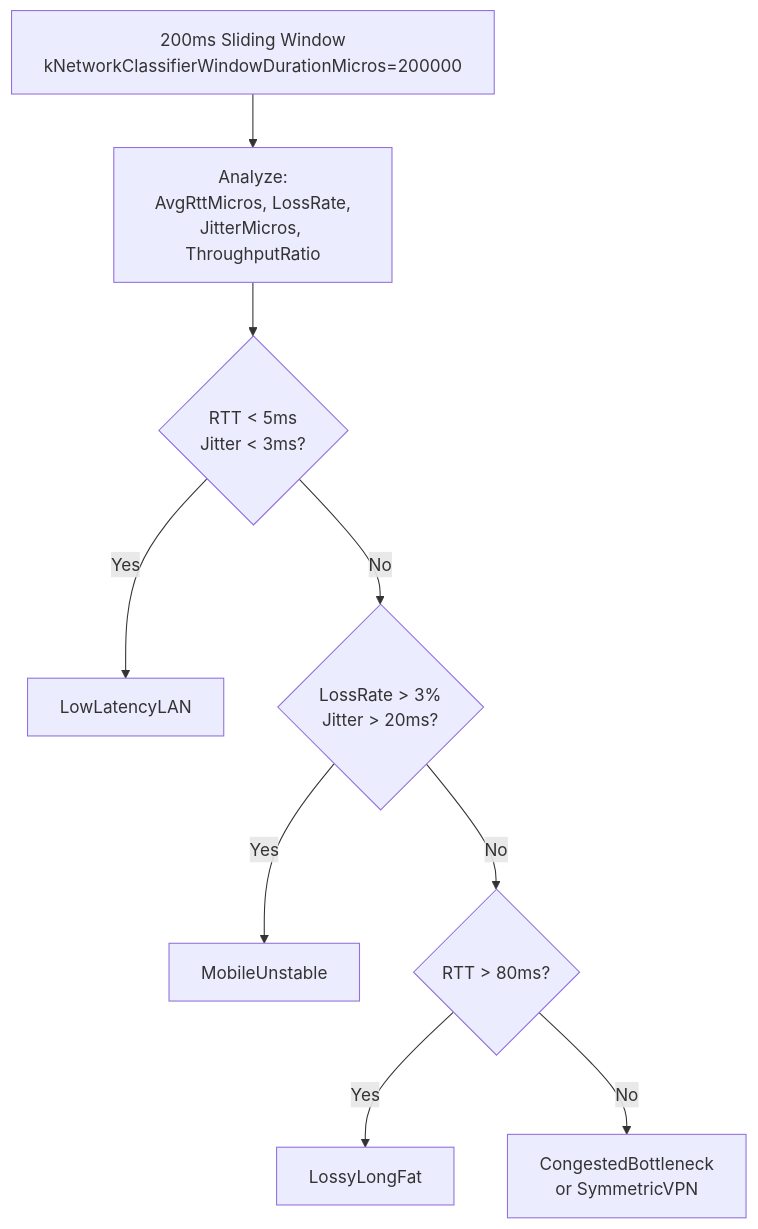
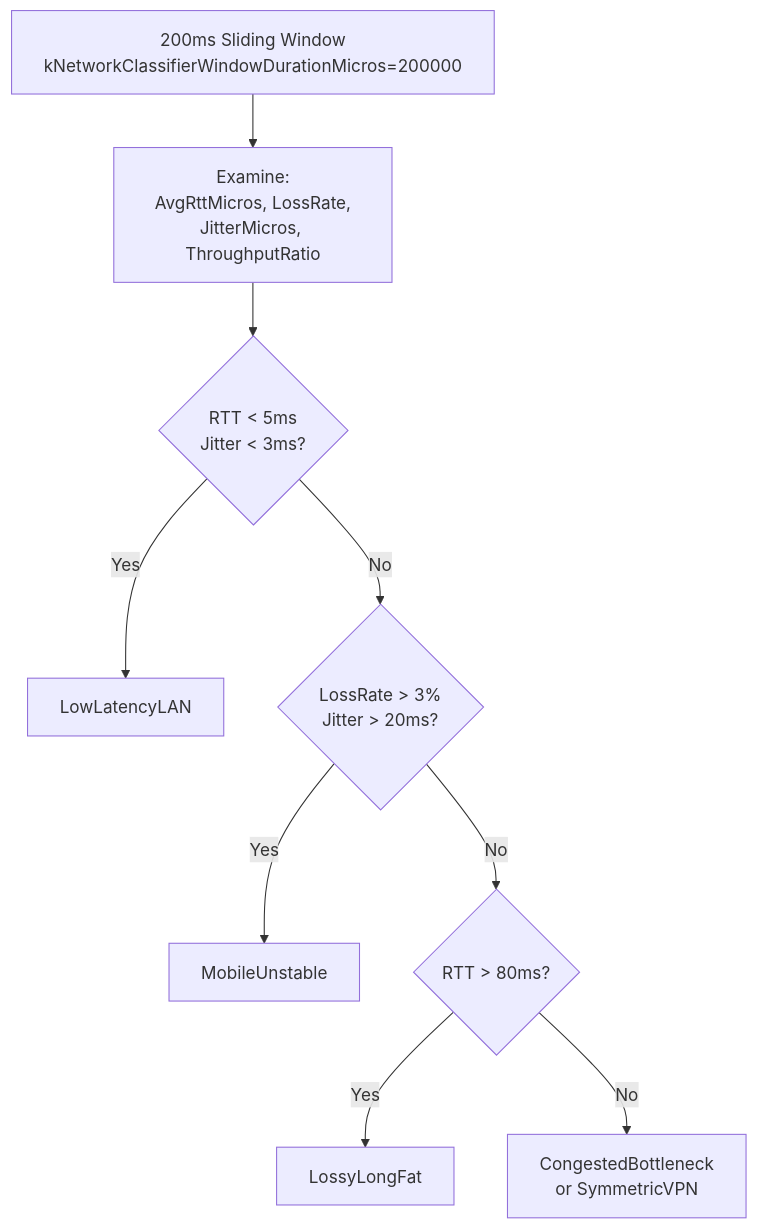
Before and after one commit to liulilittle/ucp: the third of 6 diagrams in cpp/docs/performance_CN.md, drawn with Mermaid. The commit also changed 70 other files, not shown here.

````diff
--- a/cpp/docs/performance_CN.md
+++ b/cpp/docs/performance_CN.md
@@ -148,12 +148,12 @@
 ```mermaid
 flowchart TD
-    Classifier["200ms Sliding Window<br/>kNetworkClassifierWindowDurationMicros=200000"] --> Analyze["Analyze:<br/>AvgRttMicros, LossRate,<br/>JitterMicros, ThroughputRatio"]
+    Classifier["200ms Sliding Window<br/>kNetworkClassifierWindowDurationMicros=200000"] --> ExamineNode["Examine:<br/>AvgRttMicros, LossRate,<br/>JitterMicros, ThroughputRatio"]
     
-    Analyze --> LAN{"RTT < 5ms<br/>Jitter < 3ms?"}
+    ExamineNode --> LAN{"RTT < 5ms<br/>Jitter < 3ms?"}
     LAN -->|"Yes"| LowLatencyLAN["LowLatencyLAN"]
     LAN -->|"No"| Mobile{"LossRate > 3%<br/>Jitter > 20ms?"}
     Mobile -->|"Yes"| MobileUnstable["MobileUnstable"]
     Mobile -->|"No"| LongFat{"RTT > 80ms?"}
     LongFat -->|"Yes"| LossyLongFat["LossyLongFat"]
     LongFat -->|"No"| Default["CongestedBottleneck<br/>or SymmetricVPN"]
 ```
````
